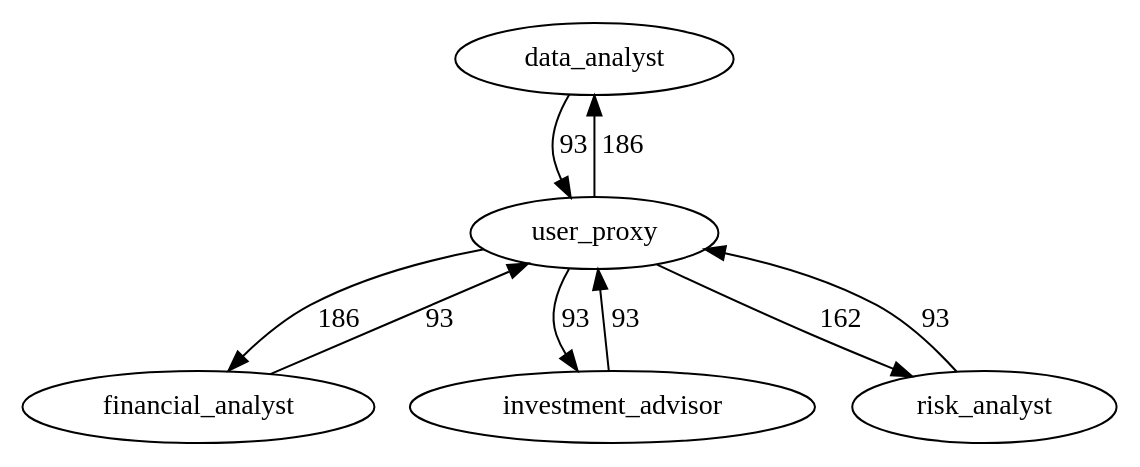
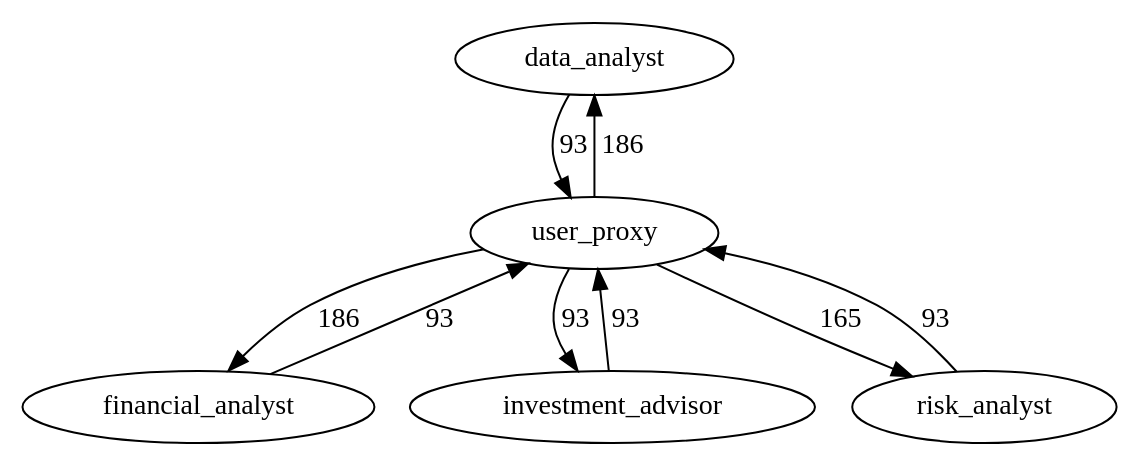
Before and after one commit to BzhH7/MASentinel: the diagram in outputs/system3_financial_analysis/trace_graph.dot, drawn with Graphviz. The commit also changed 476 other files, not shown here.

```diff
--- a/outputs/system3_financial_analysis/trace_graph.dot
+++ b/outputs/system3_financial_analysis/trace_graph.dot
@@ -1,15 +1,15 @@
 digraph MASentinelTrace {
   "data_analyst" [shape=ellipse];
   "financial_analyst" [shape=ellipse];
   "investment_advisor" [shape=ellipse];
   "risk_analyst" [shape=ellipse];
   "user_proxy" [shape=ellipse];
   "data_analyst" -> "user_proxy" [label="93"];
   "financial_analyst" -> "user_proxy" [label="93"];
   "investment_advisor" -> "user_proxy" [label="93"];
   "risk_analyst" -> "user_proxy" [label="93"];
   "user_proxy" -> "data_analyst" [label="186"];
   "user_proxy" -> "financial_analyst" [label="186"];
   "user_proxy" -> "investment_advisor" [label="93"];
-  "user_proxy" -> "risk_analyst" [label="162"];
+  "user_proxy" -> "risk_analyst" [label="165"];
 }
```
